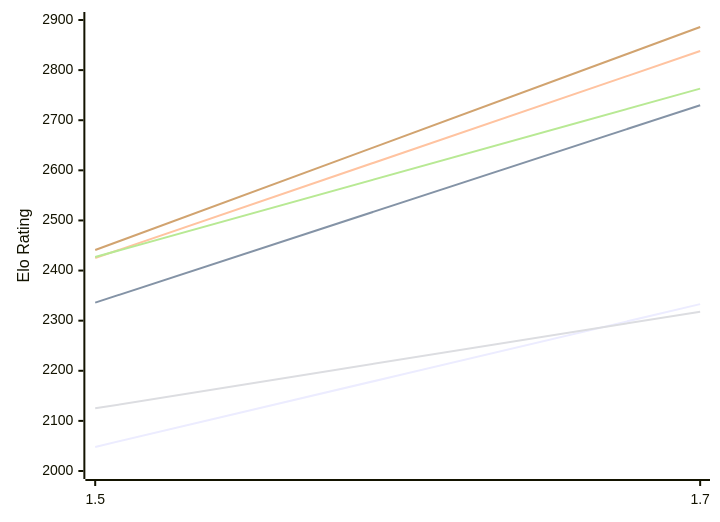
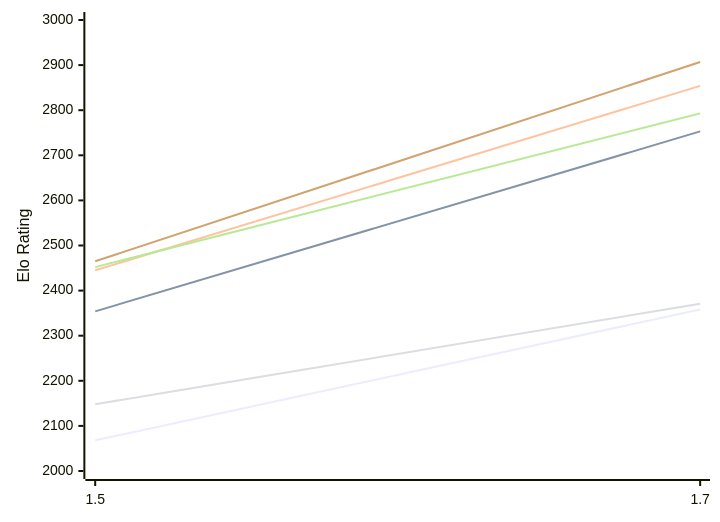
Before and after one commit to computer-chess-index/cci: the first of 2 diagrams in engines/Facon.md, drawn with Mermaid. The commit also changed other lines of this file, not shown here.

Commit message:
Update CCI Ratings (ELO VLTC) - 2026-10-20

````diff
--- a/engines/Facon.md
+++ b/engines/Facon.md
@@ -52,12 +52,12 @@
 ```mermaid
 %%{init: {"theme":"base","themeVariables":{"seriesColors:['#a3a3a3','#222221','#faa371']}}}%%
 xychart-beta
   x-axis ["1.5", "1.7"]
-  y-axis "Elo Rating" 2000 --> 2900
-  line "E1: STC (8.0+0.08s)" [2048, 2333]
-  line "E1: LTC (60.0+0.60s)" [2336, 2730]
-  line "E1: VLTC (2m24s+1.12s)" [2425, 2838]
-  line "P1: STC (8.0+0.08s)" [2125, 2318]
-  line "P1: LTC (60.0+0.60s)" [2427, 2763]
-  line "P1: VLTC (2m24s+1.12s)" [2441, 2886]
+  y-axis "Elo Rating" 2000 --> 3000
+  line "E1: STC (8.0+0.08s)" [2068, 2358]
+  line "E1: LTC (60.0+0.60s)" [2354, 2753]
+  line "E1: VLTC (2m24s+1.12s)" [2445, 2854]
+  line "P1: STC (8.0+0.08s)" [2148, 2371]
+  line "P1: LTC (60.0+0.60s)" [2452, 2793]
+  line "P1: VLTC (2m24s+1.12s)" [2465, 2907]
 ```
````
